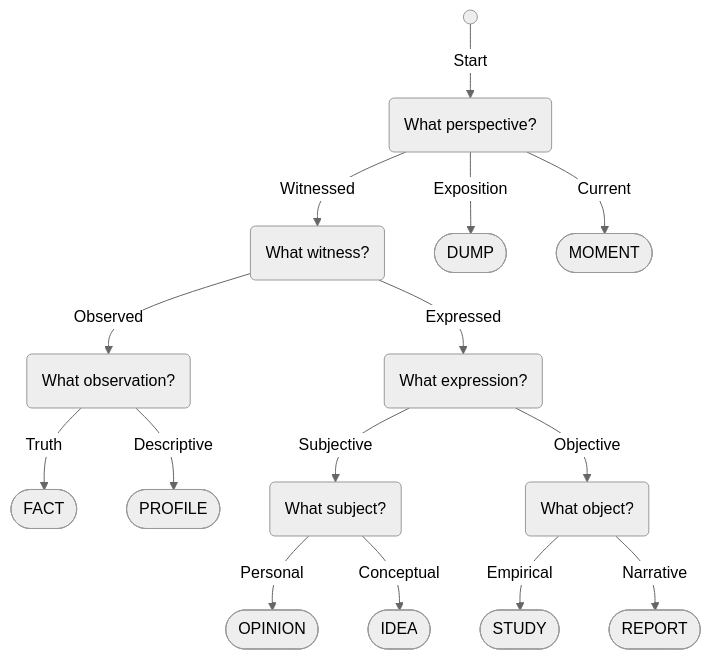
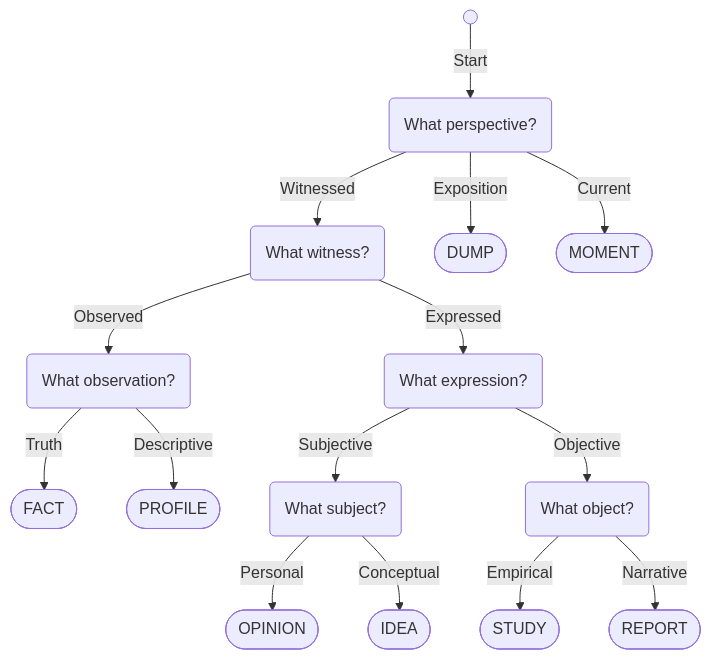
One commit to nin827/nin827.github.io changed the diagram in src/site/notes/MATERIAL/NOTE/NO0004.md. Above: the diagram before and after it, drawn with Mermaid. The commit also changed 2 other files, not shown here.

Commit message:
Published multiple files

````diff
--- a/src/site/notes/MATERIAL/NOTE/NO0004.md
+++ b/src/site/notes/MATERIAL/NOTE/NO0004.md
@@ -25,19 +25,17 @@
 ```mermaid
-%%{init: {'theme': 'neutral', 'themeVariables': {'fontSize': '--font-text-size', 'fontFamily': '--font-text-theme'}}}%%
-
 flowchart TD;
 A@{ shape: sm-circ, label: "Start" } --> |"Start"| M("What perspective?")
 B --> |"Observed"| C("What observation?")
 B --> |"Expressed"| D("What expression?")
 C --> |"Truth"| E(["FACT"])
 C --> |"Descriptive"| F(["PROFILE"])
 D --> |"Subjective"| G("What subject?")
 D --> |"Objective"| H("What object?")
 G --> |"Personal"| I(["OPINION"])
 G --> |"Conceptual"| J(["IDEA"])
 H --> |"Empirical"| K(["STUDY"])
 H --> |"Narrative"| L(["REPORT"])
 M --> |"Exposition"| O(["DUMP"])
 M --> |"Current"| P(["MOMENT"])
 M --> |"Witnessed"| B("What witness?")
 ```
````
